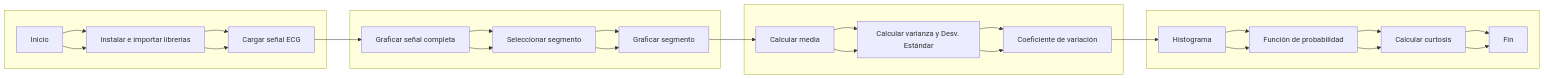
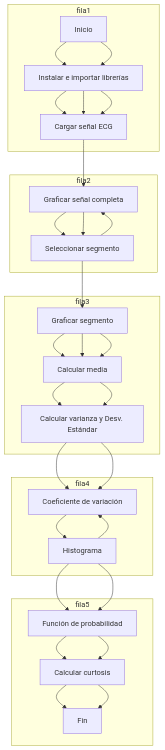
The diagram in README.md (LauraDaniela09/Laboratorio-1--estadistica), drawn with Mermaid before and after one commit.

````diff
--- a/README.md
+++ b/README.md
@@ -7,27 +7,42 @@
 ```mermaid
-flowchart LR
+flowchart TD
     A[Inicio] --> B[Instalar e importar librerías] --> C[Cargar señal ECG]
     C --> D[Graficar señal completa]
-    D --> E[Seleccionar segmento] --> F[Graficar segmento]
+    D --> E[Seleccionar segmento]
+    E --> F[Graficar segmento]
     F --> G[Calcular media]
-    G --> H[Calcular varianza y Desv. Estándar] --> I[Coeficiente de variación]
+    G --> H[Calcular varianza y Desv. Estándar]
+    H --> I[Coeficiente de variación]
     I --> J[Histograma]
-    J --> K[Función de probabilidad] --> L[Calcular curtosis] --> M[Fin]
+    J --> K[Función de probabilidad]
+    K --> L[Calcular curtosis]
+    L --> M[Fin]
 
-    %% Forzar saltos de línea con subgrafos invisibles
-    subgraph fila1 [ ]
+    %% Posiciones en zigzag
+    B --> C
+    D --> E
+    F --> G
+    H --> I
+    J --> K
+
+    %% Forzar posiciones visuales
+    subgraph fila1
         A --> B --> C
     end
 
-    subgraph fila2 [ ]
-        D --> E --> F
+    subgraph fila2
+        E --> D
     end
 
-    subgraph fila3 [ ]
-        G --> H --> I
+    subgraph fila3
+        F --> G --> H
     end
 
-    subgraph fila4 [ ]
-        J --> K --> L --> M
+    subgraph fila4
+        J --> I
+    end
+
+    subgraph fila5
+        K --> L --> M
     end
 ```
````
